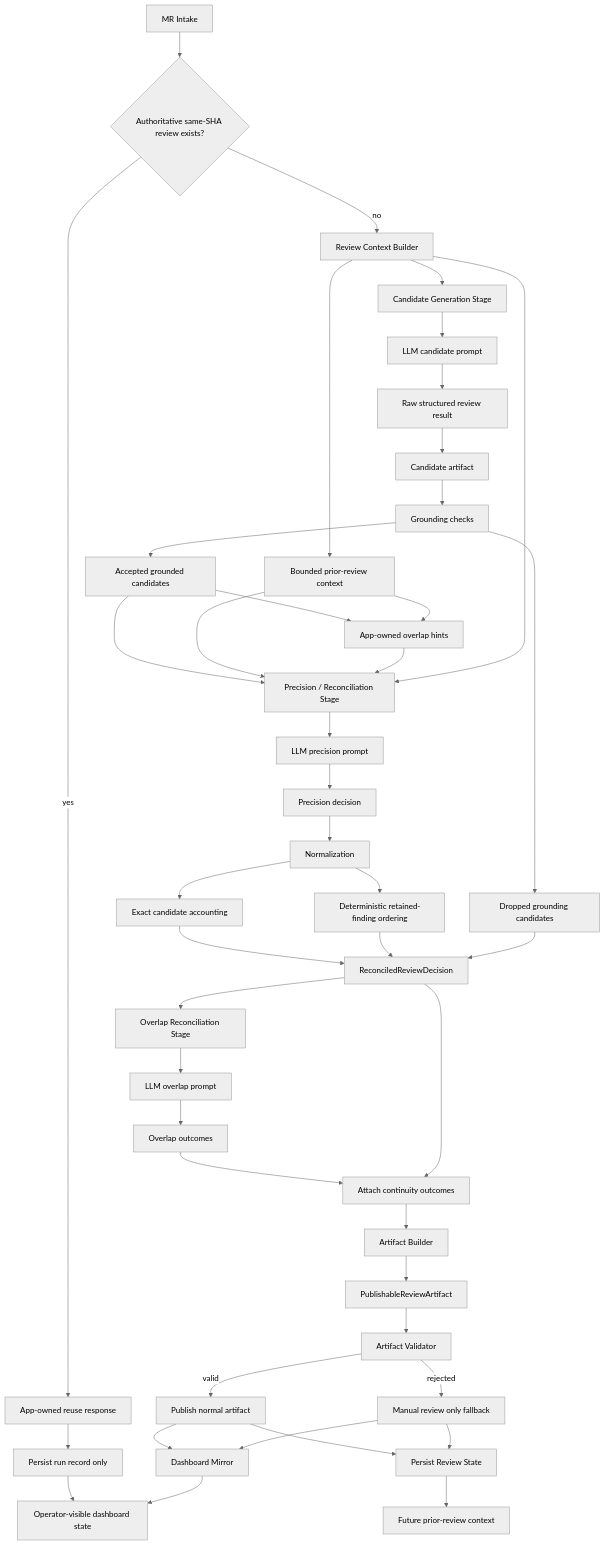
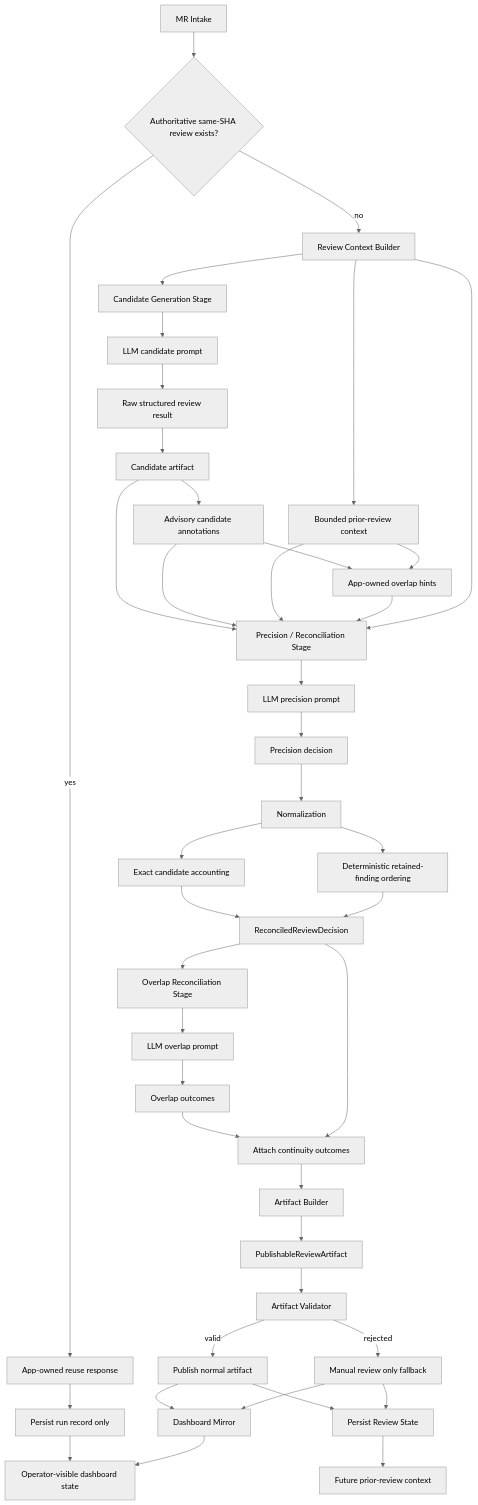
The diagram in docs/review-flow-mermaid.md (JustinMelger/ZeroOne-ops), drawn with Mermaid (neutral theme) before and after one commit. The commit also changed other lines of this file and 7 other files, not shown here.

Commit message:
feat(review): annotate candidate grounding signals

````diff
--- a/docs/review-flow-mermaid.md
+++ b/docs/review-flow-mermaid.md
@@ -11,56 +11,53 @@
 ```mermaid
 flowchart TD
     A[MR Intake] --> A1{Authoritative same-SHA review exists?}
     A1 -->|yes| A2[App-owned reuse response]
     A2 --> A3[Persist run record only]
     A3 --> U[Operator-visible dashboard state]
     A1 -->|no| B[Review Context Builder]
 
     B --> C[Candidate Generation Stage]
     C --> C1[LLM candidate prompt]
     C1 --> C2[Raw structured review result]
     C2 --> C3[Candidate artifact]
-
-    C3 --> G[Grounding checks]
-    G --> G1[Accepted grounded candidates]
-    G --> G2[Dropped grounding candidates]
+    C3 --> G[Advisory candidate annotations]
 
     B --> H[Bounded prior-review context]
-    G1 --> I[App-owned overlap hints]
+    G --> I[App-owned overlap hints]
     H --> I
 
-    G1 --> J[Precision / Reconciliation Stage]
+    C3 --> J[Precision / Reconciliation Stage]
+    G --> J
     H --> J
     I --> J
     B --> J
 
     J --> J1[LLM precision prompt]
     J1 --> J2[Precision decision]
     J2 --> J3[Normalization]
     J3 --> J4[Exact candidate accounting]
     J3 --> J5[Deterministic retained-finding ordering]
     J4 --> K[ReconciledReviewDecision]
     J5 --> K
-    G2 --> K
 
     K --> L[Overlap Reconciliation Stage]
     L --> L1[LLM overlap prompt]
     L1 --> L2[Overlap outcomes]
     L2 --> M[Attach continuity outcomes]
     K --> M
 
     M --> N[Artifact Builder]
     N --> N1[PublishableReviewArtifact]
 
     N1 --> O[Artifact Validator]
     O -->|valid| P[Publish normal artifact]
     O -->|rejected| Q[Manual review only fallback]
 
     P --> R[Persist Review State]
     P --> S[Dashboard Mirror]
     Q --> R
     Q --> S
 
     R --> T[Future prior-review context]
     S --> U[Operator-visible dashboard state]
 ```
````
